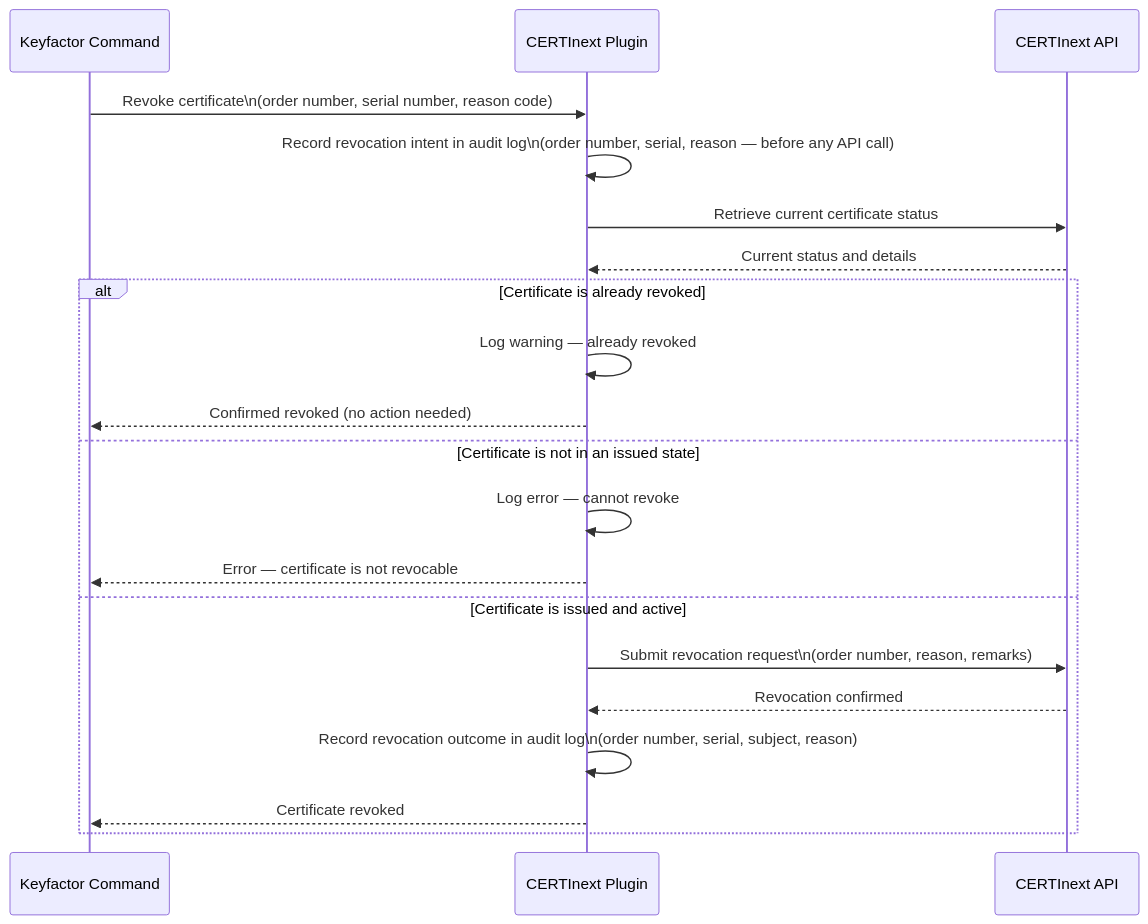
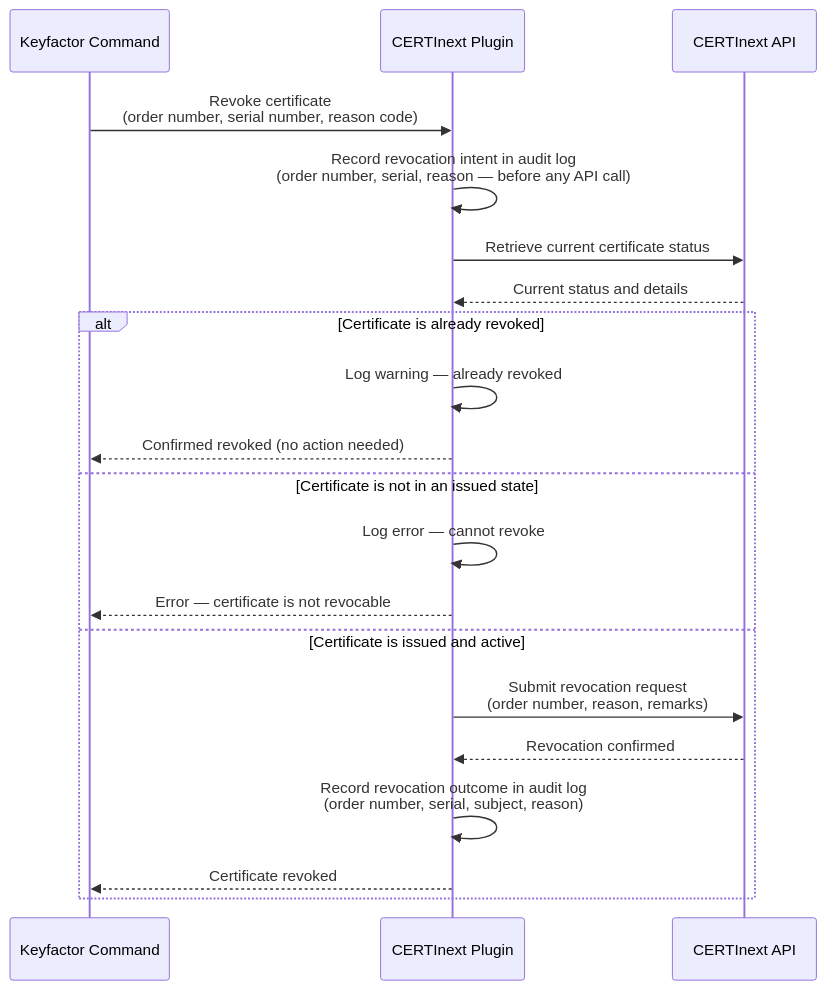
The fifth of 6 diagrams in README.md (Keyfactor/certinext-caplugin), drawn with Mermaid before and after one commit. The commit also changed other lines of this file and 1 other file, not shown here.

First line of the commit message:
docs: remove compliance claims and fix Mermaid diagram line breaks (#12)

````diff
--- a/README.md
+++ b/README.md
@@ -518,26 +518,26 @@
 ```mermaid
 sequenceDiagram
     participant CMD as Keyfactor Command
     participant Plugin as CERTInext Plugin
     participant API as CERTInext API
 
-    CMD->>Plugin: Revoke certificate\n(order number, serial number, reason code)
-    Plugin->>Plugin: Record revocation intent in audit log\n(order number, serial, reason — before any API call)
+    CMD->>Plugin: Revoke certificate<br/>(order number, serial number, reason code)
+    Plugin->>Plugin: Record revocation intent in audit log<br/>(order number, serial, reason — before any API call)
 
     Plugin->>API: Retrieve current certificate status
     API-->>Plugin: Current status and details
 
     alt Certificate is already revoked
         Plugin->>Plugin: Log warning — already revoked
         Plugin-->>CMD: Confirmed revoked (no action needed)
     else Certificate is not in an issued state
         Plugin->>Plugin: Log error — cannot revoke
         Plugin-->>CMD: Error — certificate is not revocable
     else Certificate is issued and active
-        Plugin->>API: Submit revocation request\n(order number, reason, remarks)
+        Plugin->>API: Submit revocation request<br/>(order number, reason, remarks)
         API-->>Plugin: Revocation confirmed
 
-        Plugin->>Plugin: Record revocation outcome in audit log\n(order number, serial, subject, reason)
+        Plugin->>Plugin: Record revocation outcome in audit log<br/>(order number, serial, subject, reason)
         Plugin-->>CMD: Certificate revoked
     end
 ```
````
